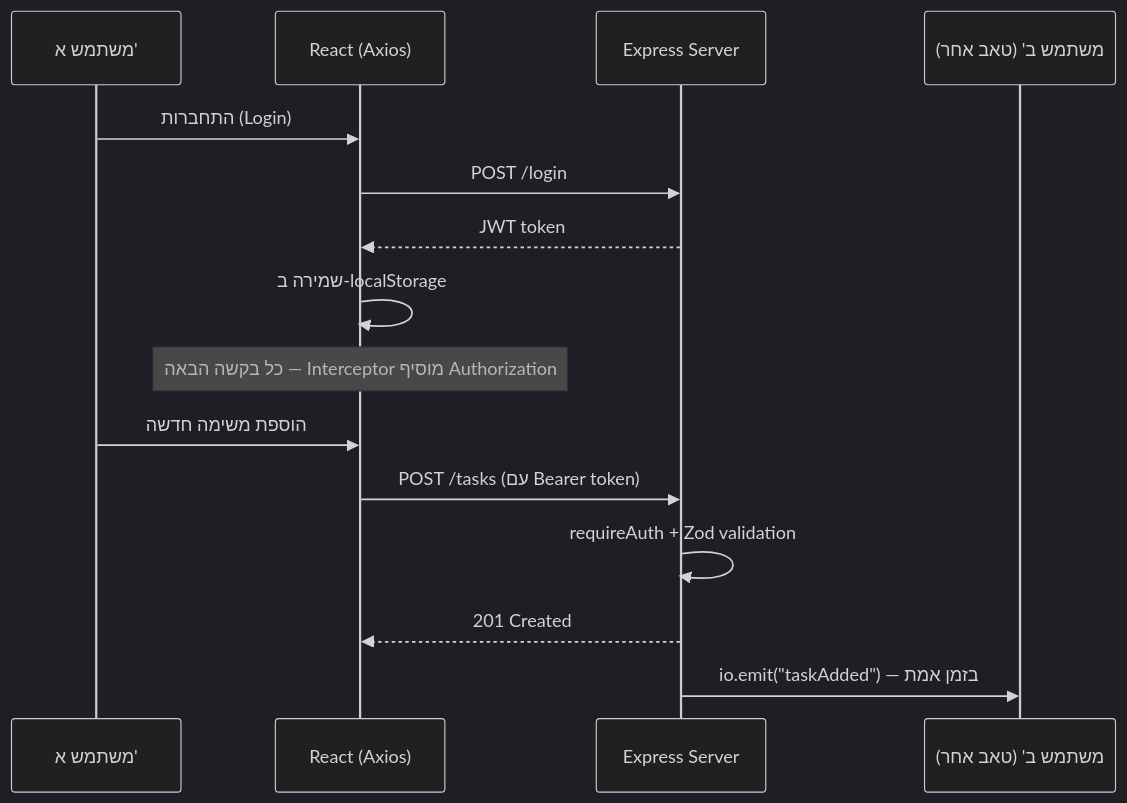
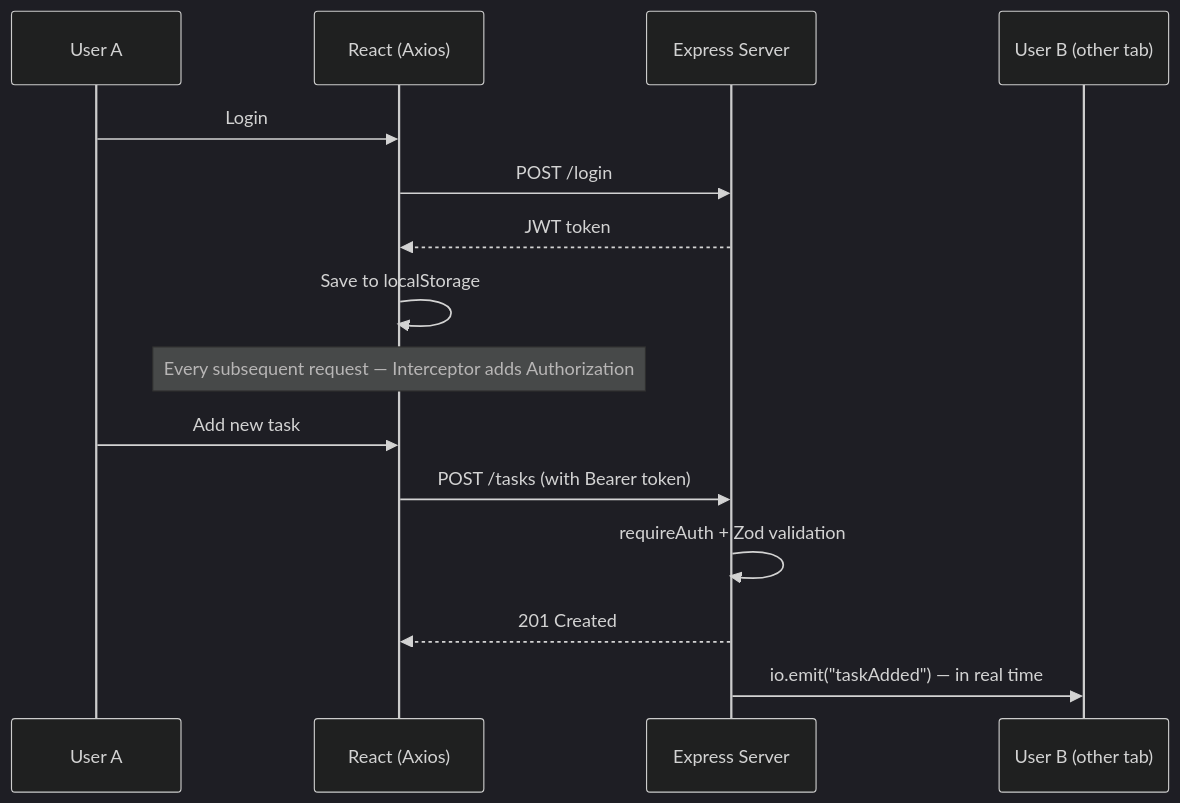
Before and after one commit to neriyaMalachi/FullStack_kodkode_5: the diagram in content/docs/react-server/116-react-server-capstone-project-content.md, drawn with Mermaid (dark theme). The commit also changed other lines of this file and 117 other files, not shown here.

````diff
--- a/content/docs/react-server/116-react-server-capstone-project-content.md
+++ b/content/docs/react-server/116-react-server-capstone-project-content.md
@@ -65,19 +65,19 @@
 ```mermaid
 sequenceDiagram
-    participant U as משתמש א'
+    participant U as User A
     participant R as React (Axios)
     participant S as Express Server
-    participant U2 as משתמש ב' (טאב אחר)
+    participant U2 as User B (other tab)
 
-    U->>R: התחברות (Login)
+    U->>R: Login
     R->>S: POST /login
     S-->>R: JWT token
-    R->>R: שמירה ב-localStorage
-    Note over R: כל בקשה הבאה — Interceptor מוסיף Authorization
+    R->>R: Save to localStorage
+    Note over R: Every subsequent request — Interceptor adds Authorization
 
-    U->>R: הוספת משימה חדשה
-    R->>S: POST /tasks (עם Bearer token)
+    U->>R: Add new task
+    R->>S: POST /tasks (with Bearer token)
     S->>S: requireAuth + Zod validation
     S-->>R: 201 Created
-    S->>U2: io.emit("taskAdded") — בזמן אמת
+    S->>U2: io.emit("taskAdded") — in real time
 ```
````
